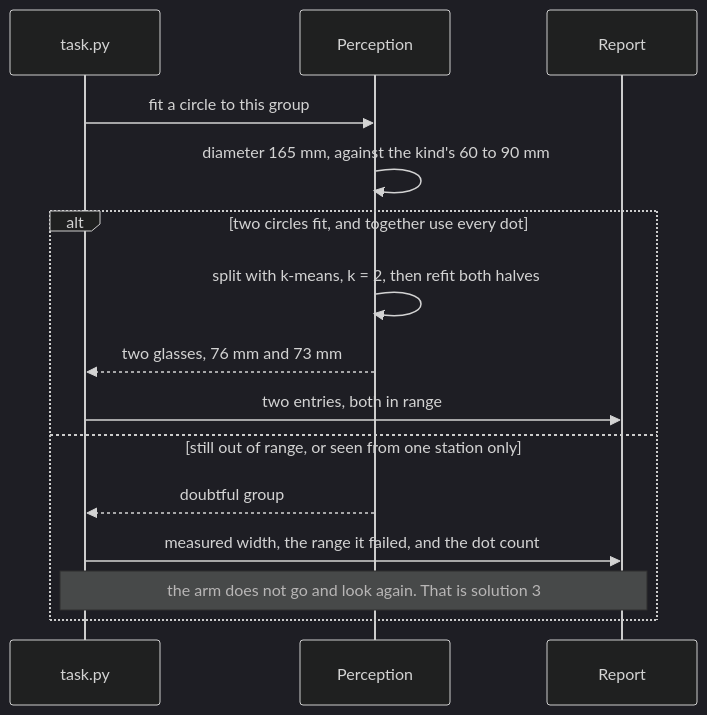
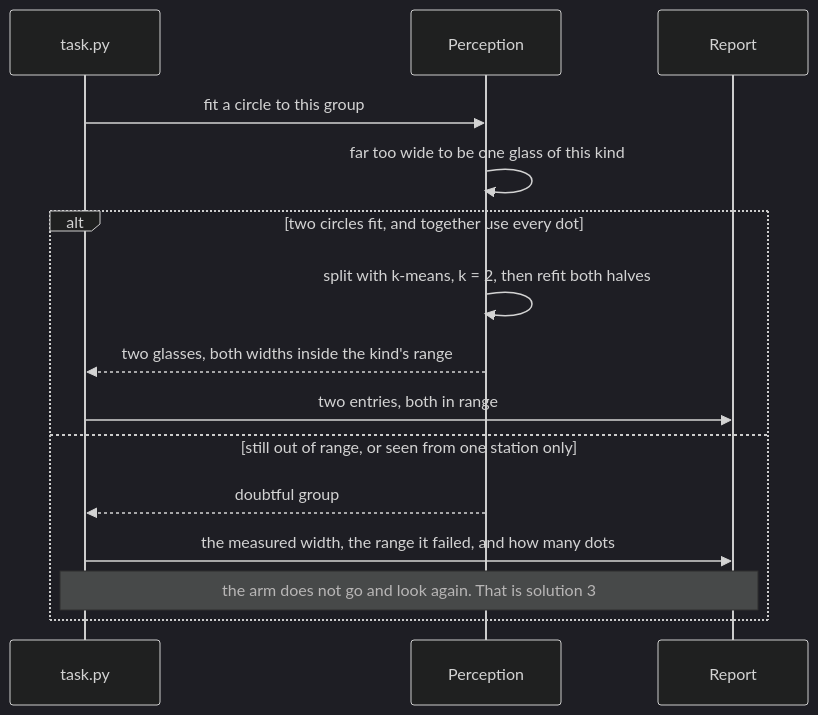
One commit to RobinNagpal/robot-arm-projects changed the second of 3 diagrams in v5-pick-glasses/docs/problem-2/solutions/02-cluster-on-the-table.md. Above: the diagram before and after it, drawn with Mermaid (dark theme). The commit also changed other lines of this file and 8 other files, not shown here.

````diff
--- a/v5-pick-glasses/docs/problem-2/solutions/02-cluster-on-the-table.md
+++ b/v5-pick-glasses/docs/problem-2/solutions/02-cluster-on-the-table.md
@@ -417,17 +490,17 @@
 ```mermaid
 sequenceDiagram
     participant T as task.py
     participant P as Perception
     participant R as Report
     T->>P: fit a circle to this group
-    P->>P: diameter 165 mm, against the kind's 60 to 90 mm
+    P->>P: far too wide to be one glass of this kind
     alt two circles fit, and together use every dot
         P->>P: split with k-means, k = 2, then refit both halves
-        P-->>T: two glasses, 76 mm and 73 mm
+        P-->>T: two glasses, both widths inside the kind's range
         T->>R: two entries, both in range
     else still out of range, or seen from one station only
         P-->>T: doubtful group
-        T->>R: measured width, the range it failed, and the dot count
+        T->>R: the measured width, the range it failed, and how many dots
         Note over T,R: the arm does not go and look again. That is solution 3
     end
 ```
````
